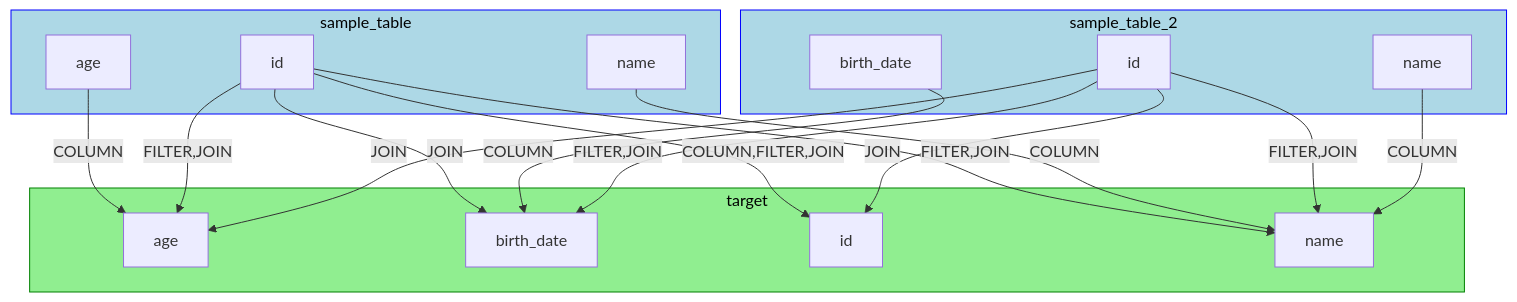
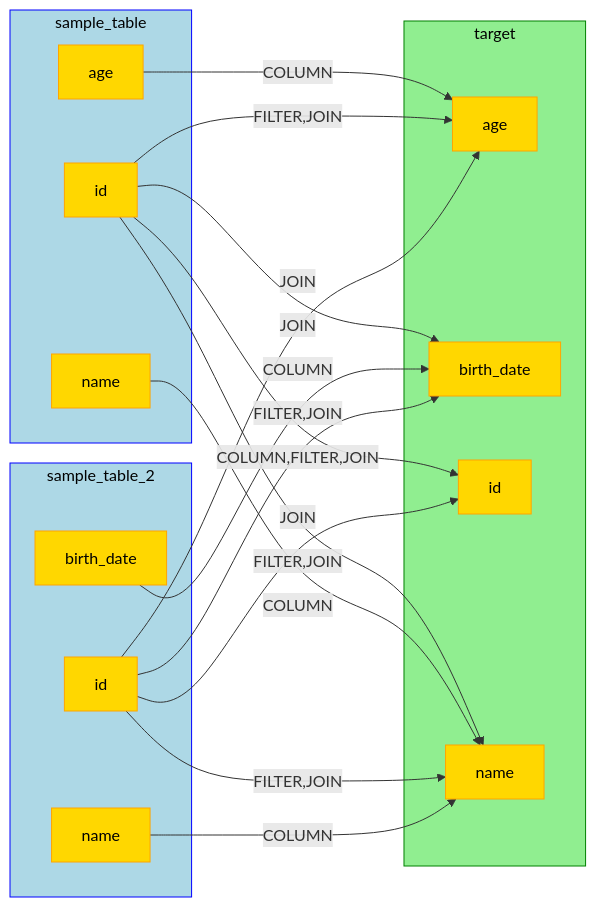
Before and after one commit to NielkNetraam/explainalyzed: the diagram in data/lineage/join_inner.mmd, drawn with Mermaid. The commit also changed 48 other files, not shown here.

```diff
--- a/data/lineage/join_inner.mmd
+++ b/data/lineage/join_inner.mmd
@@ -1,52 +1,42 @@
----
-config:
-theme: 'base'
-themeVariables:
-    primaryColor: '#BB2528'
-    primaryTextColor: '#fff'
-    primaryBorderColor: '#7C0000'
-    lineColor: '#F8B229'
-    secondaryColor: '#267826'
-    tertiaryColor: '#fff'
----
-flowchart TD
+flowchart LR
     classDef SOURCE stroke:Blue,fill:LightBlue,color:black
     classDef TARGET stroke:Green,fill:LightGreen,color:black
     classDef INTERMEDIATE stroke:DarkOrange,fill:Orange,color:black
     classDef INTERNAL stroke:Purple,fill:Violet,color:black
+    classDef FIELD stroke:Orange,fill:Gold,color:black
 
     sample_table:::SOURCE
     sample_table_2:::SOURCE
     target:::TARGET
 
     subgraph sample_table
-        sample_table.age[age]
-        sample_table.id[id]
-        sample_table.name[name]
+        sample_table.age[age]:::FIELD
+        sample_table.id[id]:::FIELD
+        sample_table.name[name]:::FIELD
     end
 
     subgraph sample_table_2
-        sample_table_2.birth_date[birth_date]
-        sample_table_2.id[id]
-        sample_table_2.name[name]
+        sample_table_2.birth_date[birth_date]:::FIELD
+        sample_table_2.id[id]:::FIELD
+        sample_table_2.name[name]:::FIELD
     end
 
     subgraph target
-        target.age[age]
-        target.birth_date[birth_date]
-        target.id[id]
-        target.name[name]
+        target.age[age]:::FIELD
+        target.birth_date[birth_date]:::FIELD
+        target.id[id]:::FIELD
+        target.name[name]:::FIELD
     end
 
     sample_table.age -- COLUMN --> target.age
     sample_table.id -- FILTER,JOIN --> target.age
     sample_table.id -- JOIN --> target.birth_date
     sample_table.id -- COLUMN,FILTER,JOIN --> target.id
     sample_table.id -- FILTER,JOIN --> target.name
     sample_table.name -- COLUMN --> target.name
     sample_table_2.birth_date -- COLUMN --> target.birth_date
     sample_table_2.id -- JOIN --> target.age
     sample_table_2.id -- FILTER,JOIN --> target.birth_date
     sample_table_2.id -- JOIN --> target.id
     sample_table_2.id -- FILTER,JOIN --> target.name
     sample_table_2.name -- COLUMN --> target.name
```
